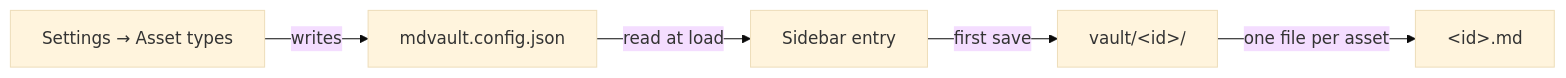
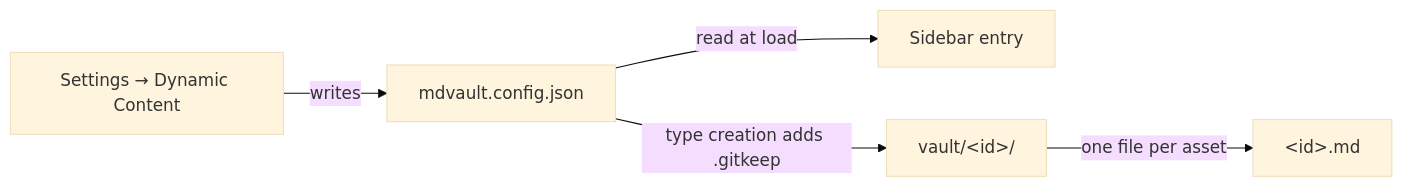
The diagram in mdvault-docs/content/docs/features/vault.md (victor3spoir/mdvault), drawn with Mermaid (base theme) before and after one commit. The commit also changed other lines of this file and 49 other files, not shown here.

````diff
--- a/mdvault-docs/content/docs/features/vault.md
+++ b/mdvault-docs/content/docs/features/vault.md
@@ -54,7 +54,7 @@
 ```mermaid
 flowchart LR
-  Settings["Settings → Asset types"] -->|writes| Config["mdvault.config.json"]
+  Settings["Settings → Dynamic Content"] -->|writes| Config["mdvault.config.json"]
   Config -->|read at load| Sidebar["Sidebar entry"]
-  Sidebar -->|first save| Folder["vault/&lt;id&gt;/"]
+  Config -->|type creation adds .gitkeep| Folder["vault/&lt;id&gt;/"]
   Folder -->|one file per asset| Asset["&lt;id&gt;.md"]
 ```
````
